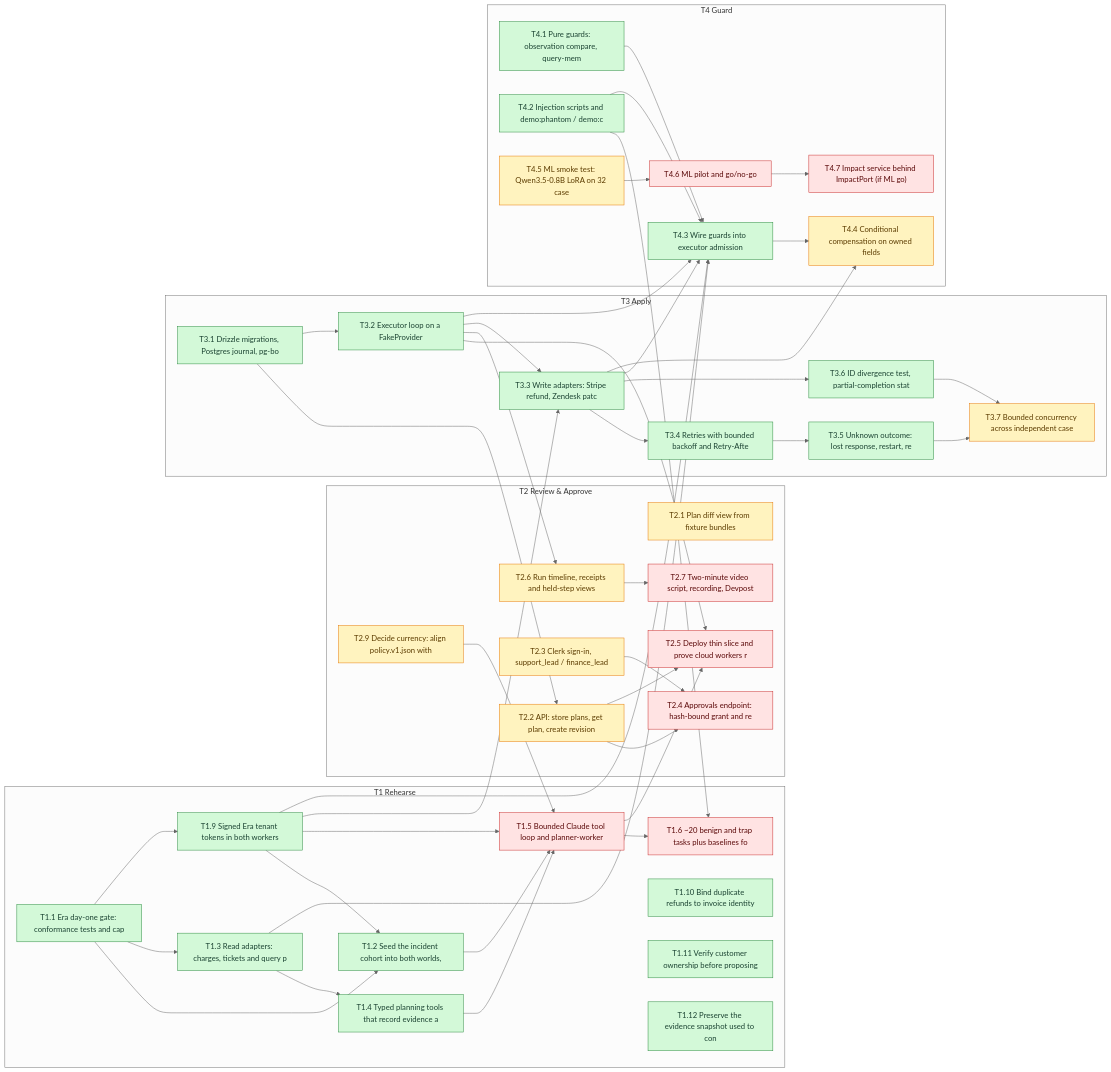
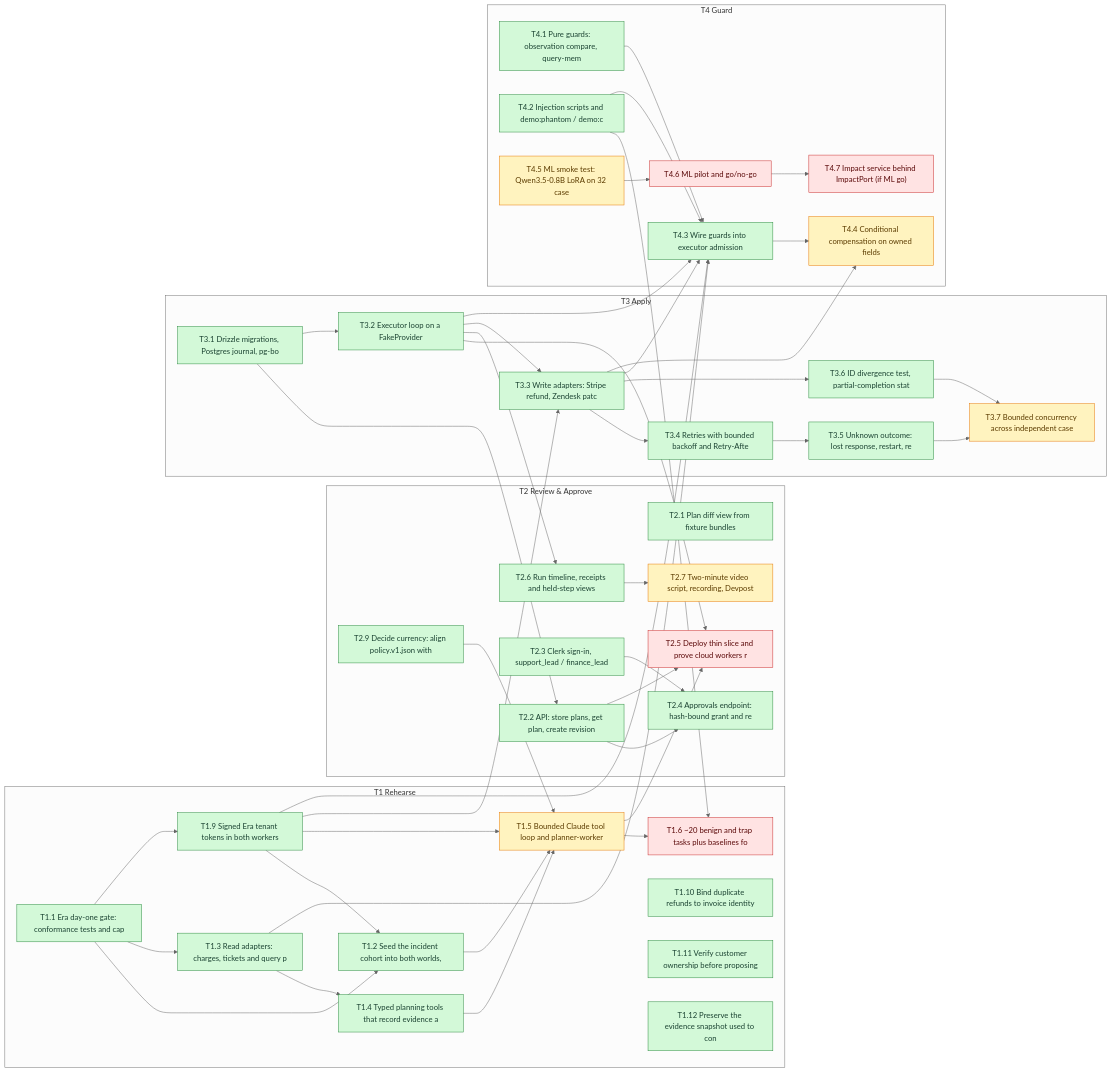
One commit to SoroushRF/Rehearsal changed the diagram in BLOCKERS.md. Above: the diagram before and after it, drawn with Mermaid (neutral theme). The commit also changed other lines of this file, not shown here.

```diff
--- a/BLOCKERS.md
+++ b/BLOCKERS.md
@@ -96,7 +93,7 @@
     T1_2["T1.2 Seed the incident cohort into both worlds, "]:::done
     T1_3["T1.3 Read adapters: charges, tickets and query p"]:::done
     T1_4["T1.4 Typed planning tools that record evidence a"]:::done
-    T1_5["T1.5 Bounded Claude tool loop and planner-worker"]:::blocked
+    T1_5["T1.5 Bounded Claude tool loop and planner-worker"]:::ready
     T1_6["T1.6 ~20 benign and trap tasks plus baselines fo"]:::blocked
     T1_9["T1.9 Signed Era tenant tokens in both workers"]:::done
     T1_10["T1.10 Bind duplicate refunds to invoice identity"]:::done
@@ -104,14 +101,14 @@
     T1_12["T1.12 Preserve the evidence snapshot used to con"]:::done
   end
   subgraph T2[T2 Review & Approve]
-    T2_1["T2.1 Plan diff view from fixture bundles"]:::ready
-    T2_2["T2.2 API: store plans, get plan, create revision"]:::ready
-    T2_3["T2.3 Clerk sign-in, support_lead / finance_lead "]:::ready
-    T2_4["T2.4 Approvals endpoint: hash-bound grant and re"]:::blocked
+    T2_1["T2.1 Plan diff view from fixture bundles"]:::done
+    T2_2["T2.2 API: store plans, get plan, create revision"]:::done
+    T2_3["T2.3 Clerk sign-in, support_lead / finance_lead "]:::done
+    T2_4["T2.4 Approvals endpoint: hash-bound grant and re"]:::done
     T2_5["T2.5 Deploy thin slice and prove cloud workers r"]:::blocked
-    T2_6["T2.6 Run timeline, receipts and held-step views "]:::ready
-    T2_7["T2.7 Two-minute video script, recording, Devpost"]:::blocked
-    T2_9["T2.9 Decide currency: align policy.v1.json with "]:::ready
+    T2_6["T2.6 Run timeline, receipts and held-step views "]:::done
+    T2_7["T2.7 Two-minute video script, recording, Devpost"]:::ready
+    T2_9["T2.9 Decide currency: align policy.v1.json with "]:::done
   end
   subgraph T3[T3 Apply]
     T3_1["T3.1 Drizzle migrations, Postgres journal, pg-bo"]:::done
```
